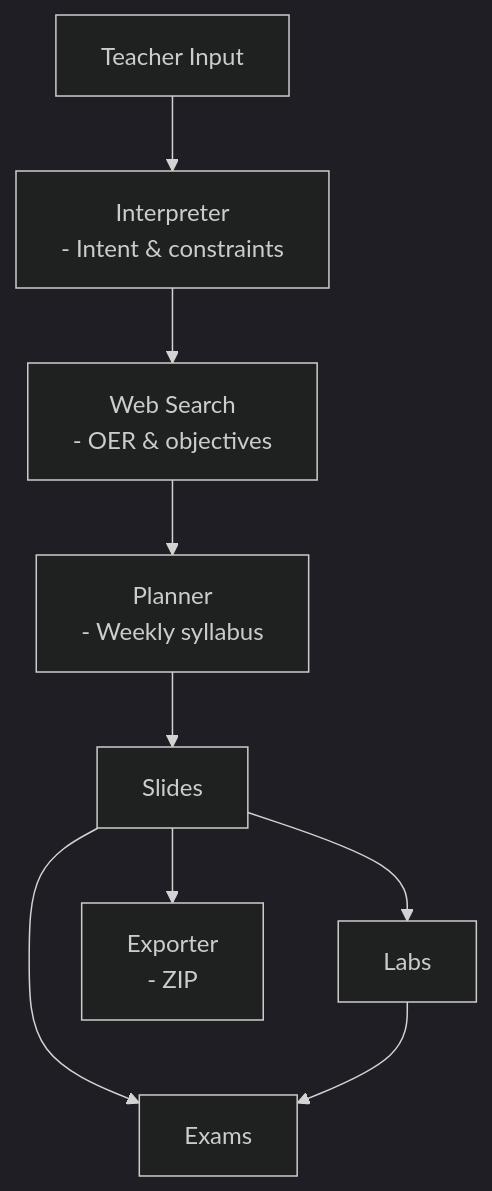
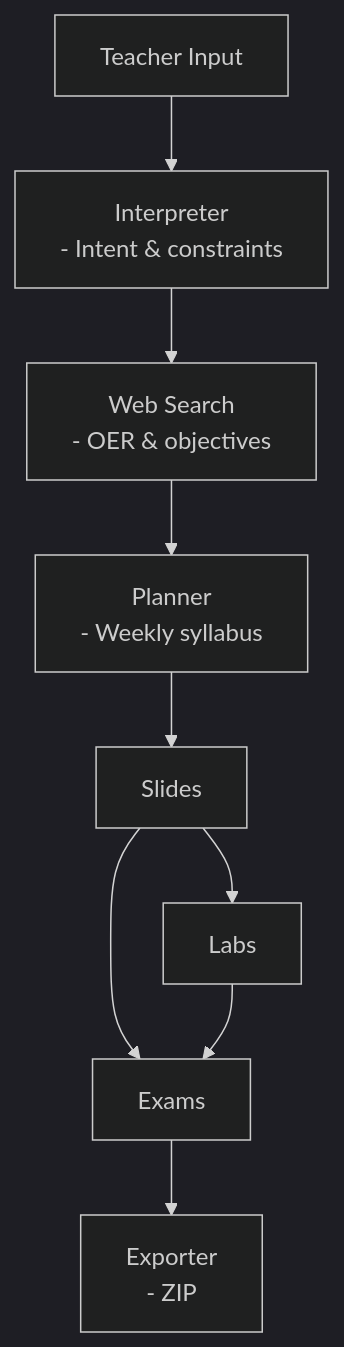
The diagram in README.md (FaiOnayq/minhaj), drawn with Mermaid (dark theme) before and after one commit.

````diff
--- a/README.md
+++ b/README.md
@@ -2,12 +2,12 @@
 ```mermaid
 graph TD;
     A[Teacher Input] --> B[Interpreter<br/>- Intent & constraints];
     B --> C[Web Search<br/>- OER & objectives];
     C --> D[Planner<br/>- Weekly syllabus];
     D --> E[Slides];
     E --> F[Labs];
     E --> G[Exams];
     F --> G
-    E --> H[Exporter<br/>- ZIP];
+    G --> H[Exporter<br/>- ZIP];
 
 ```
````
